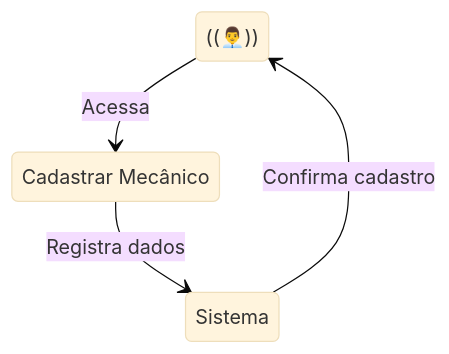
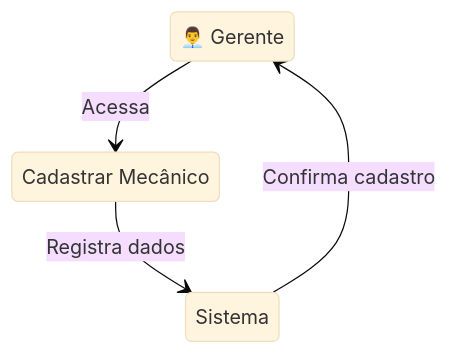
The third of 13 diagrams in casos_uso.md (marcus2703/sistema-ordem-servico-oficina), drawn with Mermaid (base theme) before and after one commit. The commit also changed other lines of this file, not shown here.

````diff
--- a/casos_uso.md
+++ b/casos_uso.md
@@ -98,10 +98,10 @@
 ```mermaid
 stateDiagram-v2
-    Gerente: ((👨‍💼))
+    Gerente: 👨‍💼 Gerente
     Sistema: Sistema
     CadastroMecanico: Cadastrar Mecânico
     
     Gerente --> CadastroMecanico: Acessa
     CadastroMecanico --> Sistema: Registra dados
     Sistema --> Gerente: Confirma cadastro
 ```
````
